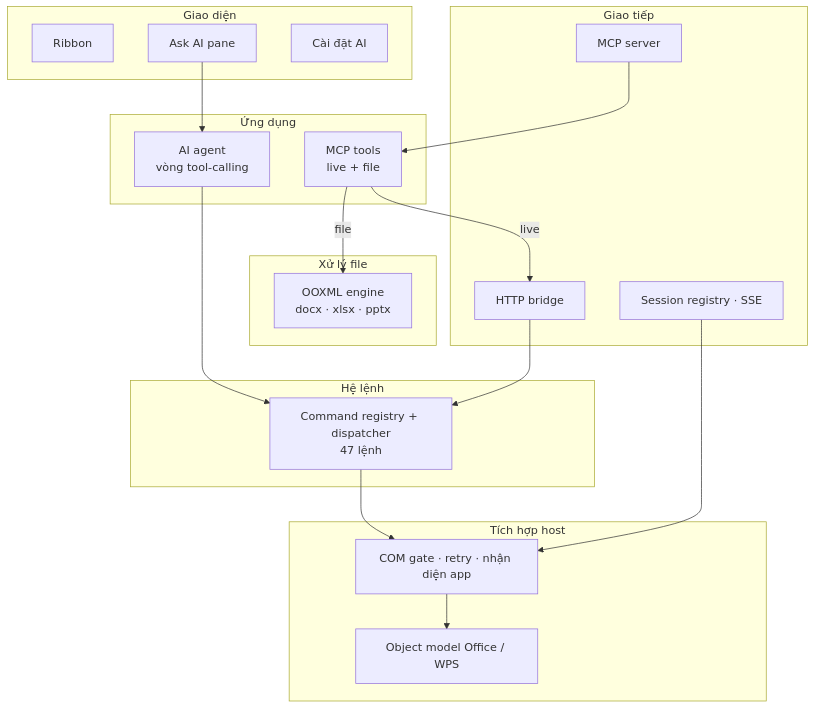
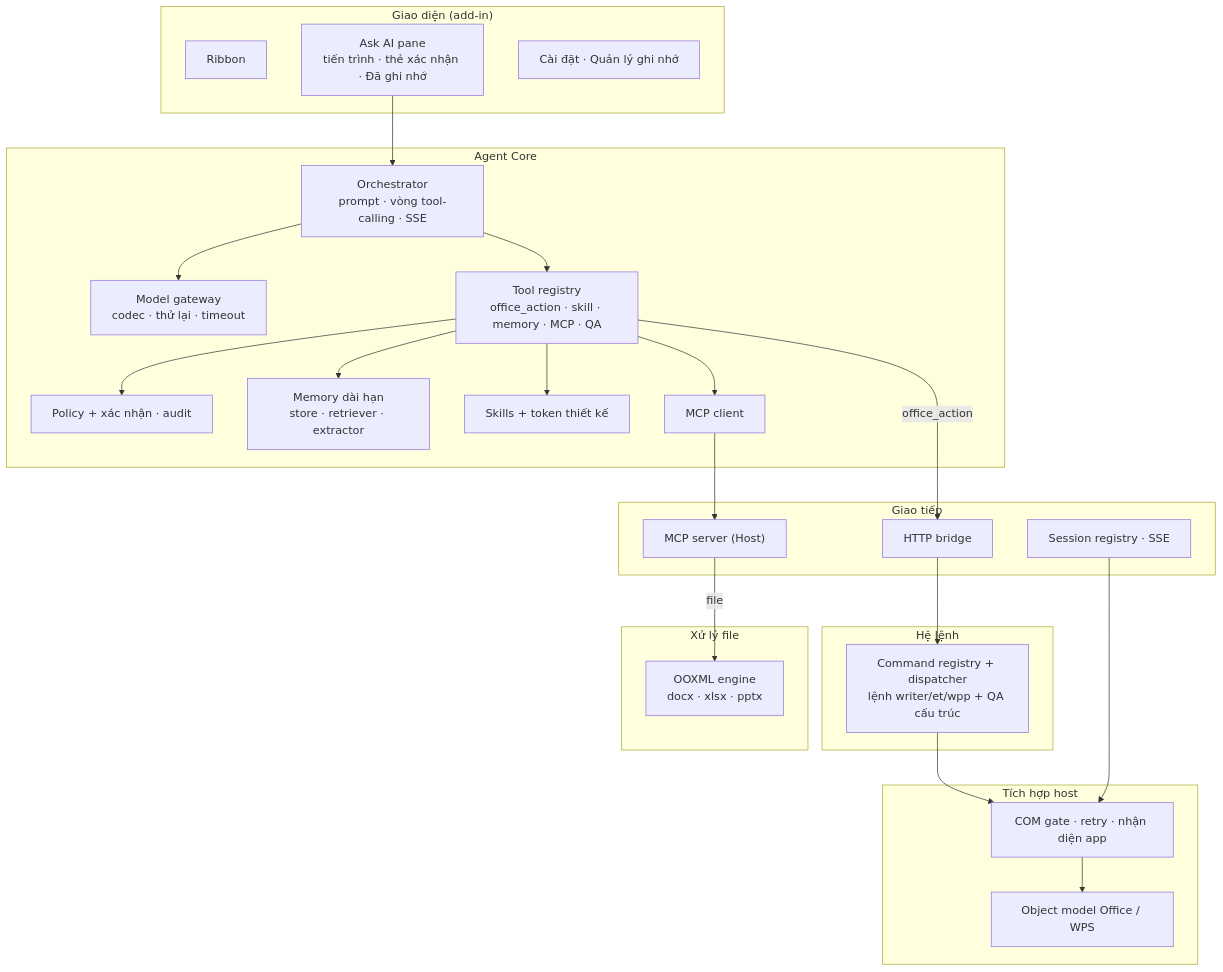
The third of 20 diagrams in ARCHITECTURE.MD (rgb-vgx/Axiom-Office), drawn with Mermaid before and after one commit. The commit also changed other lines of this file and 3 other files, not shown here.

Commit message:
docs: ARCHITECTURE.MD cho Agent Core (HLD + LLD mục 22), README/CHANGELOG giai đoạn 4

````diff
--- a/ARCHITECTURE.MD
+++ b/ARCHITECTURE.MD
@@ -148,35 +163,43 @@
 ```mermaid
 flowchart TB
-    subgraph ui["Giao diện"]
+    subgraph ui["Giao diện (add-in)"]
         ribbon["Ribbon"]
-        pane["Ask AI pane"]
-        settings["Cài đặt AI"]
+        pane["Ask AI pane<br/>tiến trình · thẻ xác nhận · Đã ghi nhớ"]
+        settings["Cài đặt · Quản lý ghi nhớ"]
     end
-    subgraph app["Ứng dụng"]
-        agent["AI agent<br/>vòng tool-calling"]
-        mcptools["MCP tools<br/>live + file"]
+    subgraph corebox["Agent Core"]
+        orch["Orchestrator<br/>prompt · vòng tool-calling · SSE"]
+        gw["Model gateway<br/>codec · thử lại · timeout"]
+        tools["Tool registry<br/>office_action · skill · memory · MCP · QA"]
+        policy["Policy + xác nhận · audit"]
+        mem["Memory dài hạn<br/>store · retriever · extractor"]
+        sk["Skills + token thiết kế"]
+        mcpcl["MCP client"]
     end
     subgraph io["Giao tiếp"]
         http["HTTP bridge"]
-        mcpserver["MCP server"]
+        mcpserver["MCP server (Host)"]
         discovery["Session registry · SSE"]
     end
     subgraph cmd["Hệ lệnh"]
-        registry["Command registry + dispatcher<br/>47 lệnh"]
+        registry["Command registry + dispatcher<br/>lệnh writer/et/wpp + QA cấu trúc"]
     end
     subgraph integ["Tích hợp host"]
         gate["COM gate · retry · nhận diện app"]
         om["Object model Office / WPS"]
     end
     subgraph filecore["Xử lý file"]
         ooxml["OOXML engine<br/>docx · xlsx · pptx"]
     end
 
-    pane --> agent --> registry
-    http --> registry
-    mcpserver --> mcptools
-    mcptools -->|"live"| http
-    mcptools -->|"file"| ooxml
+    pane --> orch
+    orch --> gw
+    orch --> tools --> policy
+    tools --> sk
+    tools --> mem
+    tools --> mcpcl --> mcpserver
+    tools -->|"office_action"| http --> registry
+    mcpserver -->|"file"| ooxml
     registry --> gate --> om
     discovery --> gate
 ```
````
